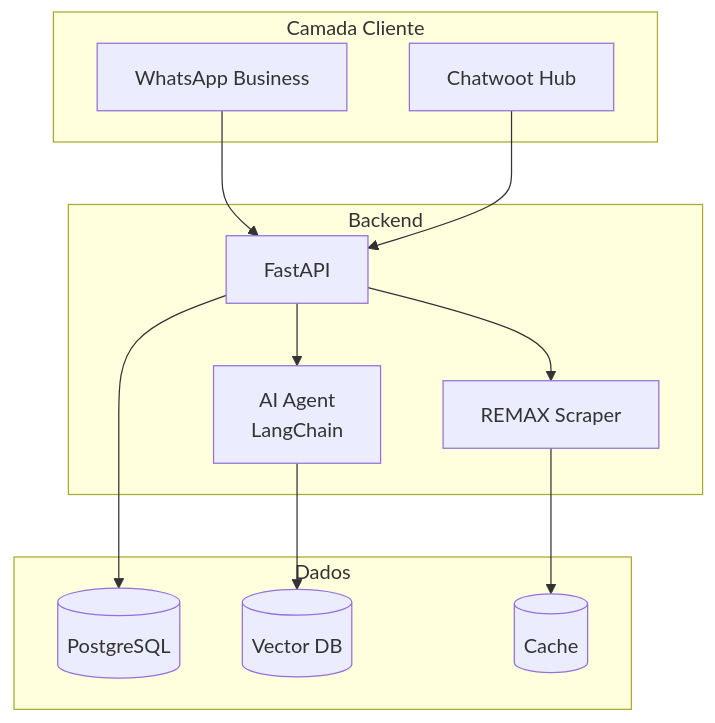
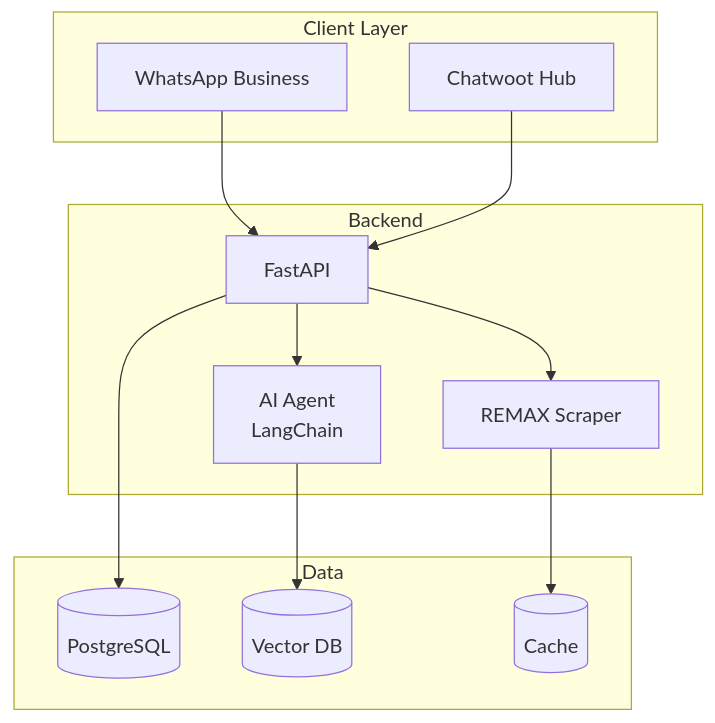
Before and after one commit to gabrielmaialva33/corretor-ai-hub: the diagram in README.md, drawn with Mermaid. The commit also changed other lines of this file and 2 other files, not shown here.

````diff
--- a/README.md
+++ b/README.md
@@ -68,27 +68,27 @@
 ```mermaid
 graph TB
-    subgraph "Camada Cliente"
+    subgraph "Client Layer"
         WA[WhatsApp Business]
         CW[Chatwoot Hub]
     end
     
     subgraph "Backend"
         API[FastAPI]
         AI[AI Agent<br/>LangChain]
         SCRAPER[REMAX Scraper]
     end
     
-    subgraph "Dados"
+    subgraph "Data"
         PG[(PostgreSQL)]
         QDRANT[(Vector DB)]
         REDIS[(Cache)]
     end
     
     WA --> API
     CW --> API
     API --> AI
     API --> SCRAPER
     AI --> QDRANT
     SCRAPER --> REDIS
     API --> PG
 ```
````
